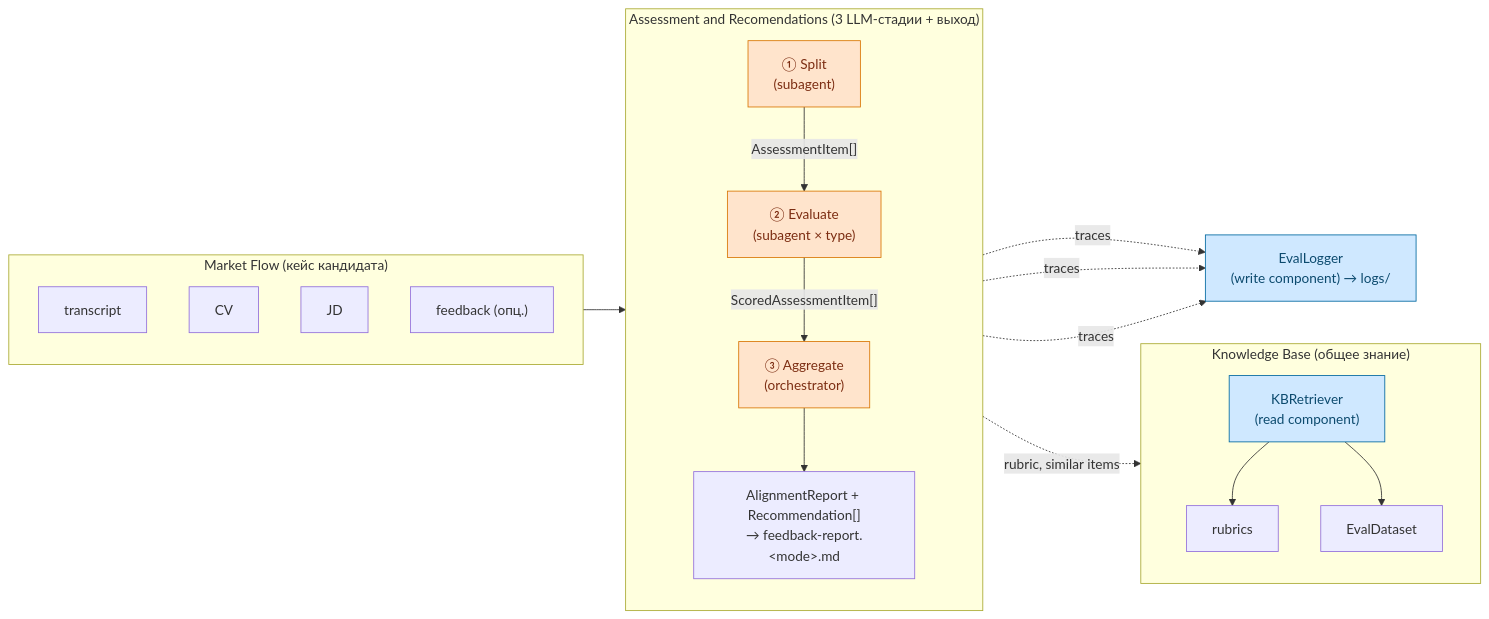
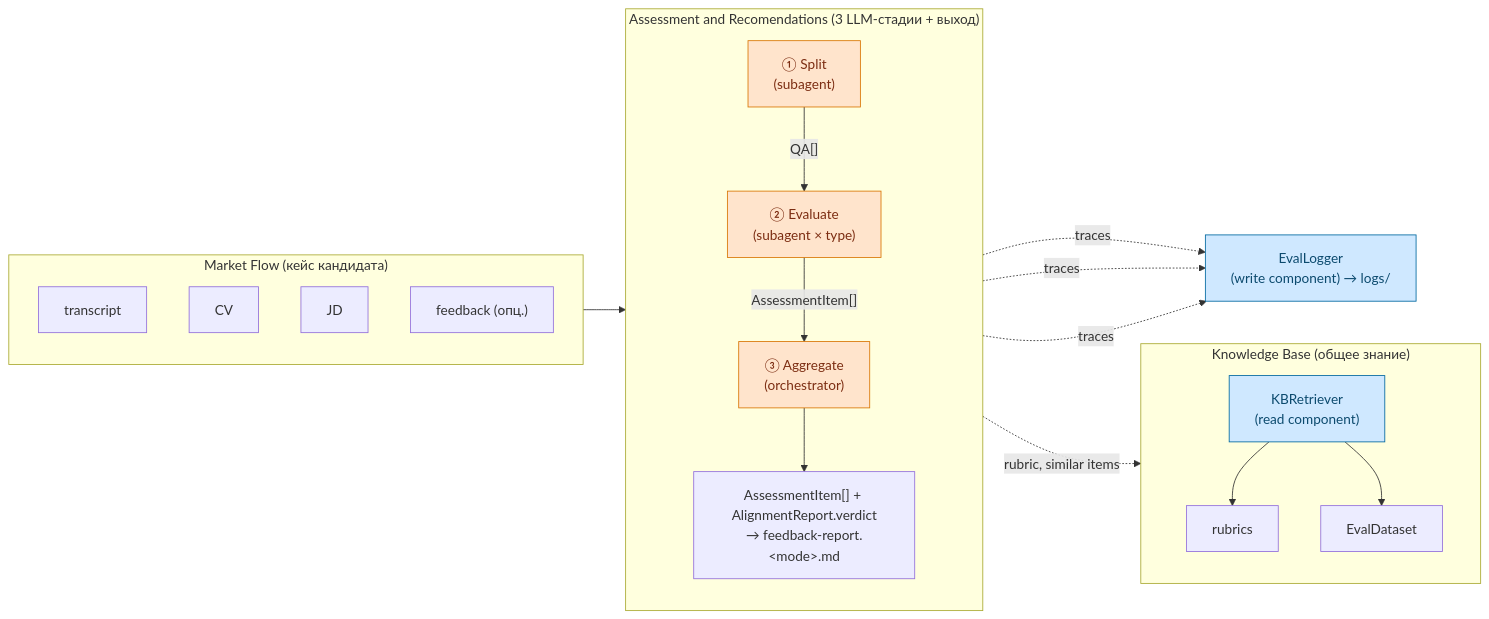
Before and after one commit to margomrkv/interview-debrief-assistant: the diagram in md/arch_agents.md, drawn with Mermaid. The commit also changed other lines of this file and 4 other files, not shown here.

````diff
--- a/md/arch_agents.md
+++ b/md/arch_agents.md
@@ -90,46 +92,46 @@
 ```mermaid
 flowchart LR
     %% Левая граница: Market Flow (кейс)
     subgraph MF["Market Flow (кейс кандидата)"]
         direction TB
         MF_TR["transcript"]
         MF_CV["CV"]
         MF_JD["JD"]
         MF_FB["feedback (опц.)"]
     end
 
     %% Центр: AR-модуль (3 LLM-стадии + выход)
     subgraph AR["Assessment and Recomendations (3 LLM-стадии + выход)"]
         direction TB
         ST1["① Split<br/>(subagent)"]
         ST2["② Evaluate<br/>(subagent × type)"]
         ST3["③ Aggregate<br/>(orchestrator)"]
-        OUT["AlignmentReport + Recommendation[]<br/>→ feedback-report.&lt;mode&gt;.md"]
-        ST1 -- "AssessmentItem[]" --> ST2
-        ST2 -- "ScoredAssessmentItem[]" --> ST3
+        OUT["AssessmentItem[] + AlignmentReport.verdict<br/>→ feedback-report.&lt;mode&gt;.md"]
+        ST1 -- "QA[]" --> ST2
+        ST2 -- "AssessmentItem[]" --> ST3
         ST3 --> OUT
     end
 
     %% Правая граница: Knowledge Base (общее)
     subgraph KB["Knowledge Base (общее знание)"]
         direction TB
         KBR["KBRetriever<br/>(read component)"]
         KB_R["rubrics"]
         KB_E["EvalDataset"]
         KBR --> KB_R
         KBR --> KB_E
     end
 
     %% Cross-cutting (write)
     LOG["EvalLogger<br/>(write component) → logs/"]
 
     MF --> ST1
     ST2 -. "rubric, similar items" .-> KBR
     ST1 & ST2 & ST3 -. "traces" .-> LOG
 
     %% Тип компонента: агент (LLM) vs детерминированный компонент
     classDef agent fill:#ffe4cc,stroke:#d97706,color:#7c2d12
     classDef deterministic fill:#cfe8ff,stroke:#0369a1,color:#0c4a6e
     class ST1,ST2,ST3 agent
     class KBR,LOG deterministic
 ```
````
